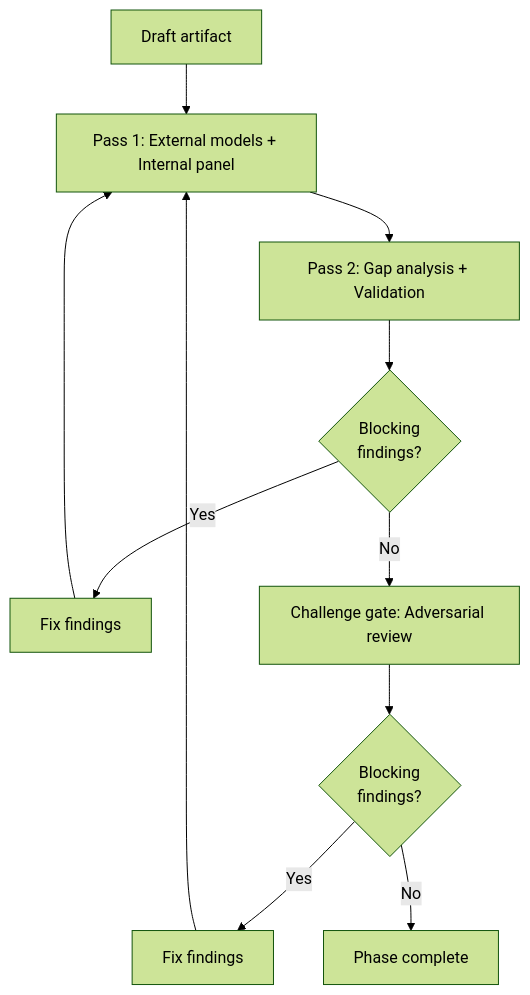
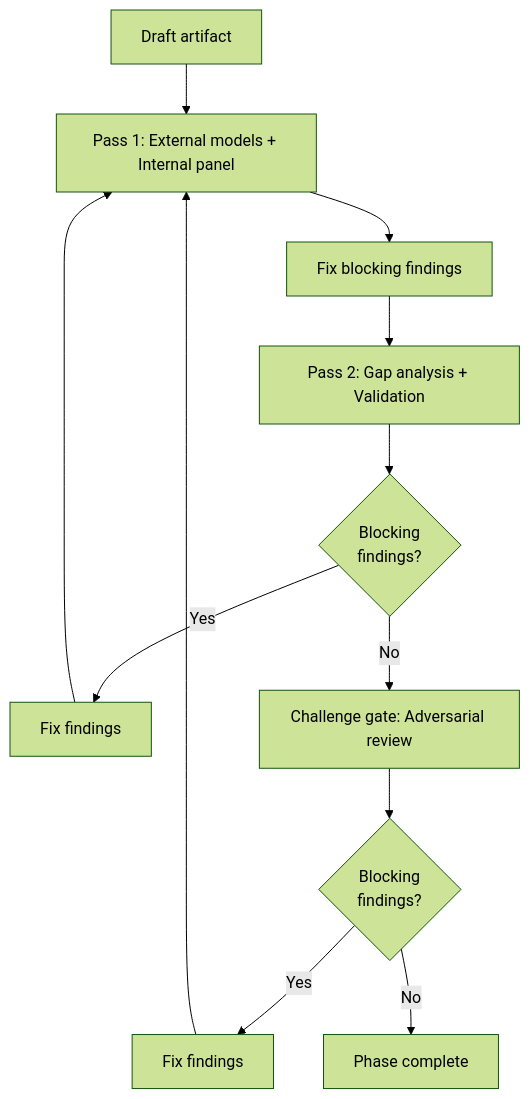
The second of 2 diagrams in README.md (tonfield/claude-phasebook), drawn with Mermaid (forest theme) before and after one commit.

Commit message:
docs: add fix step after Pass 1 before Pass 2
Pass 1 findings are fixed before Pass 2 validation runs.

````diff
--- a/README.md
+++ b/README.md
@@ -117,11 +117,12 @@
 ```mermaid
 flowchart TD
     A[Draft artifact] --> B[Pass 1: External models + Internal panel]
-    B --> C[Pass 2: Gap analysis + Validation]
-    C --> D{Blocking\nfindings?}
-    D -->|Yes| E[Fix findings] --> B
-    D -->|No| F[Challenge gate: Adversarial review]
-    F --> G{Blocking\nfindings?}
-    G -->|Yes| H[Fix findings] --> B
-    G -->|No| I[Phase complete]
+    B --> C[Fix blocking findings]
+    C --> D[Pass 2: Gap analysis + Validation]
+    D --> E{Blocking\nfindings?}
+    E -->|Yes| F[Fix findings] --> B
+    E -->|No| G[Challenge gate: Adversarial review]
+    G --> H{Blocking\nfindings?}
+    H -->|Yes| I[Fix findings] --> B
+    H -->|No| J[Phase complete]
 ```
````
